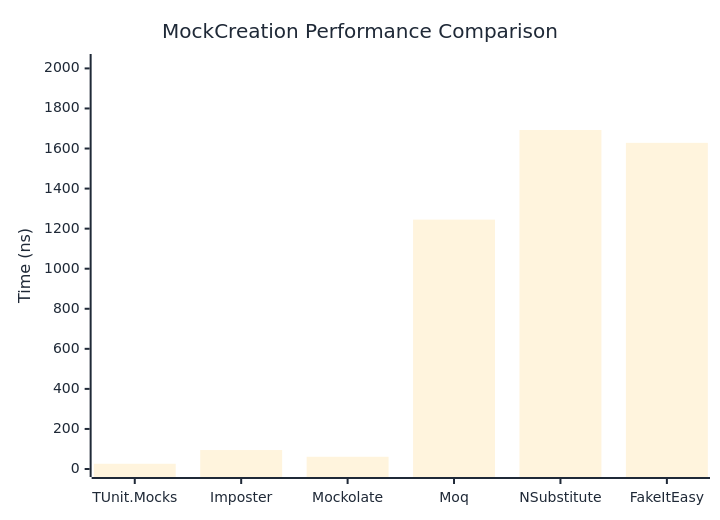
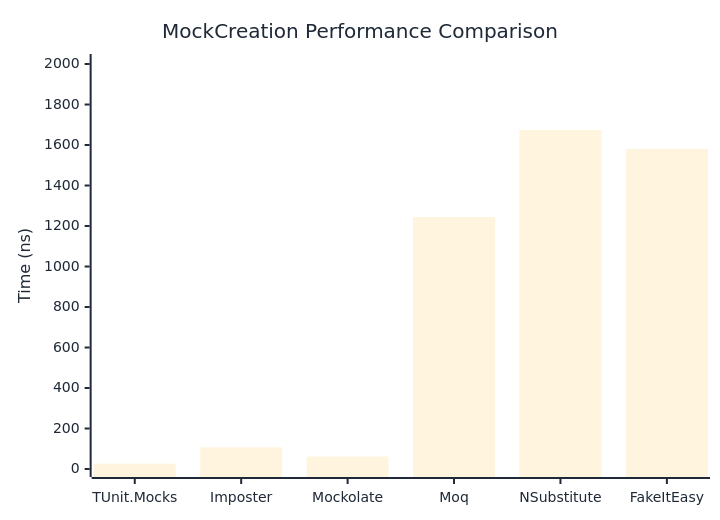
The first of 2 diagrams in docs/docs/benchmarks/mocks/MockCreation.md (thomhurst/TUnit), drawn with Mermaid before and after one commit. The commit also changed other lines of this file and 14 other files, not shown here.

````diff
--- a/docs/docs/benchmarks/mocks/MockCreation.md
+++ b/docs/docs/benchmarks/mocks/MockCreation.md
@@ -28,27 +28,27 @@
 ```mermaid
 %%{init: {
   'theme':'base',
   'themeVariables': {
     'primaryColor': '#2563eb',
     'primaryTextColor': '#1f2937',
     'primaryBorderColor': '#1e40af',
     'lineColor': '#6b7280',
     'secondaryColor': '#7c3aed',
     'tertiaryColor': '#dc2626',
     'background': '#ffffff',
     'pie1': '#2563eb',
     'pie2': '#7c3aed',
     'pie3': '#dc2626',
     'pie4': '#f59e0b',
     'pie5': '#10b981',
     'pie6': '#06b6d4',
     'pie7': '#ec4899',
     'pie8': '#6366f1'
   }
 }}%%
 xychart-beta
   title "MockCreation Performance Comparison"
   x-axis ["TUnit.Mocks", "Imposter", "Mockolate", "Moq", "NSubstitute", "FakeItEasy"]
-  y-axis "Time (ns)" 0 --> 2032
-  bar [26.1, 94.67, 61.07, 1245.11, 1692.56, 1628.34]
+  y-axis "Time (ns)" 0 --> 2010
+  bar [26.13, 106.9, 61.44, 1244.49, 1674.31, 1580.04]
 ```
````
